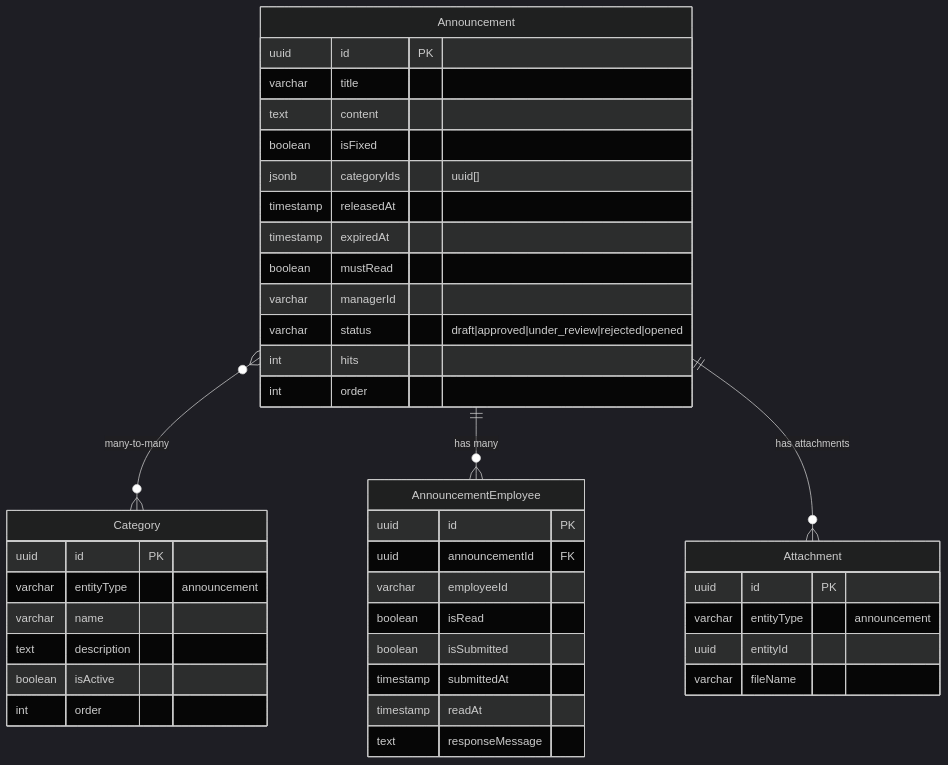
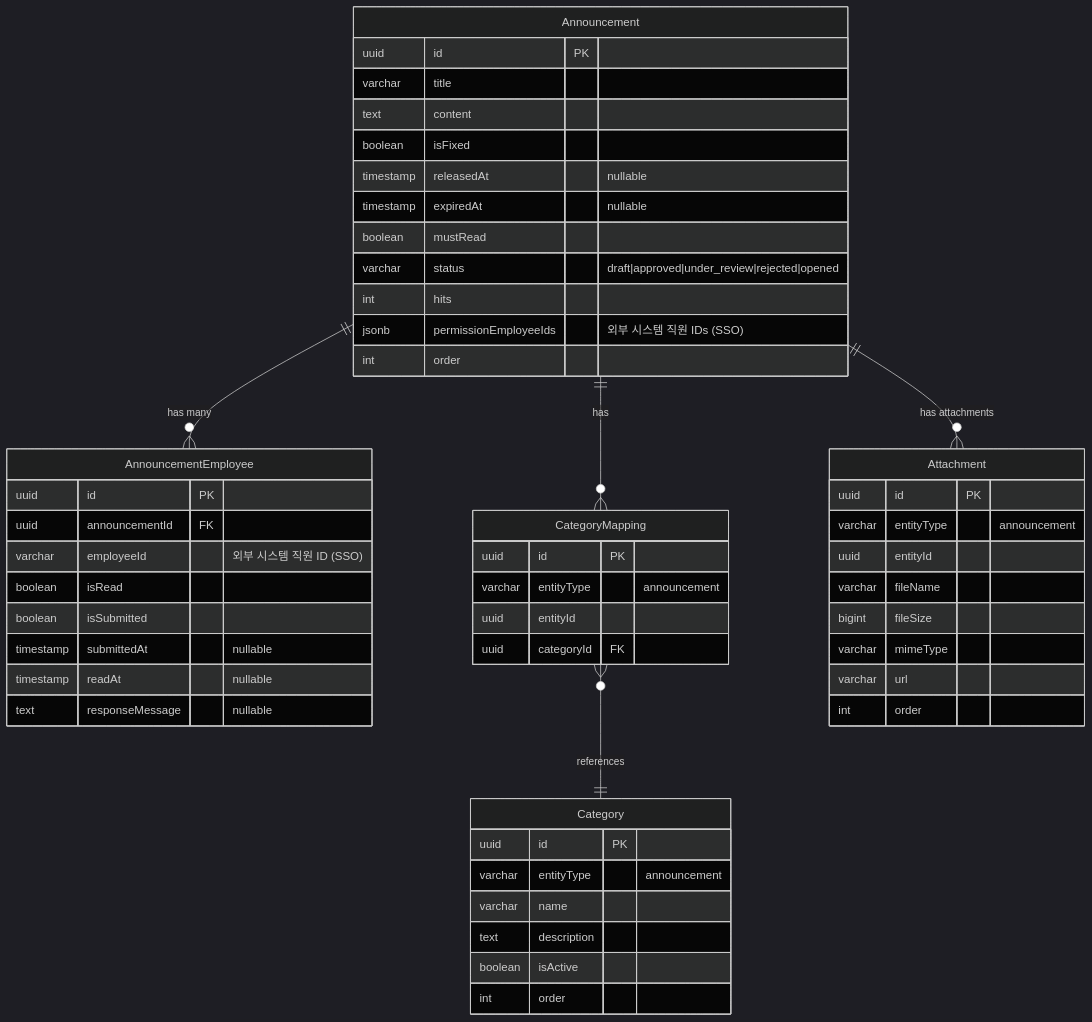
One commit to GTD-web/Back_ContentsManagementSystem changed the fourth of 7 diagrams in docs/er-diagram.md. Above: the diagram before and after it, drawn with Mermaid (dark theme). The commit also changed other lines of this file and 1 other file, not shown here.

````diff
--- a/docs/er-diagram.md
+++ b/docs/er-diagram.md
@@ -463,48 +599,59 @@
 ```mermaid
 erDiagram
     Announcement {
         uuid id PK
         varchar title
         text content
         boolean isFixed
-        jsonb categoryIds "uuid[]"
-        timestamp releasedAt
-        timestamp expiredAt
+        timestamp releasedAt "nullable"
+        timestamp expiredAt "nullable"
         boolean mustRead
-        varchar managerId
         varchar status "draft|approved|under_review|rejected|opened"
         int hits
+        jsonb permissionEmployeeIds "외부 시스템 직원 IDs (SSO)"
         int order
     }
     
     AnnouncementEmployee {
         uuid id PK
         uuid announcementId FK
-        varchar employeeId
+        varchar employeeId "외부 시스템 직원 ID (SSO)"
         boolean isRead
         boolean isSubmitted
-        timestamp submittedAt
-        timestamp readAt
-        text responseMessage
+        timestamp submittedAt "nullable"
+        timestamp readAt "nullable"
+        text responseMessage "nullable"
+    }
+    
+    CategoryMapping {
+        uuid id PK
+        varchar entityType "announcement"
+        uuid entityId
+        uuid categoryId FK
     }
     
     Category {
         uuid id PK
         varchar entityType "announcement"
         varchar name
         text description
         boolean isActive
         int order
     }
     
     Attachment {
         uuid id PK
         varchar entityType "announcement"
         uuid entityId
         varchar fileName
+        bigint fileSize
+        varchar mimeType
+        varchar url
+        int order
     }
     
-    Announcement }o--o{ Category : "many-to-many"
+    Announcement ||--o{ CategoryMapping : "has"
+    CategoryMapping }o--|| Category : "references"
     Announcement ||--o{ AnnouncementEmployee : "has many"
     Announcement ||--o{ Attachment : "has attachments"
 ```
````
